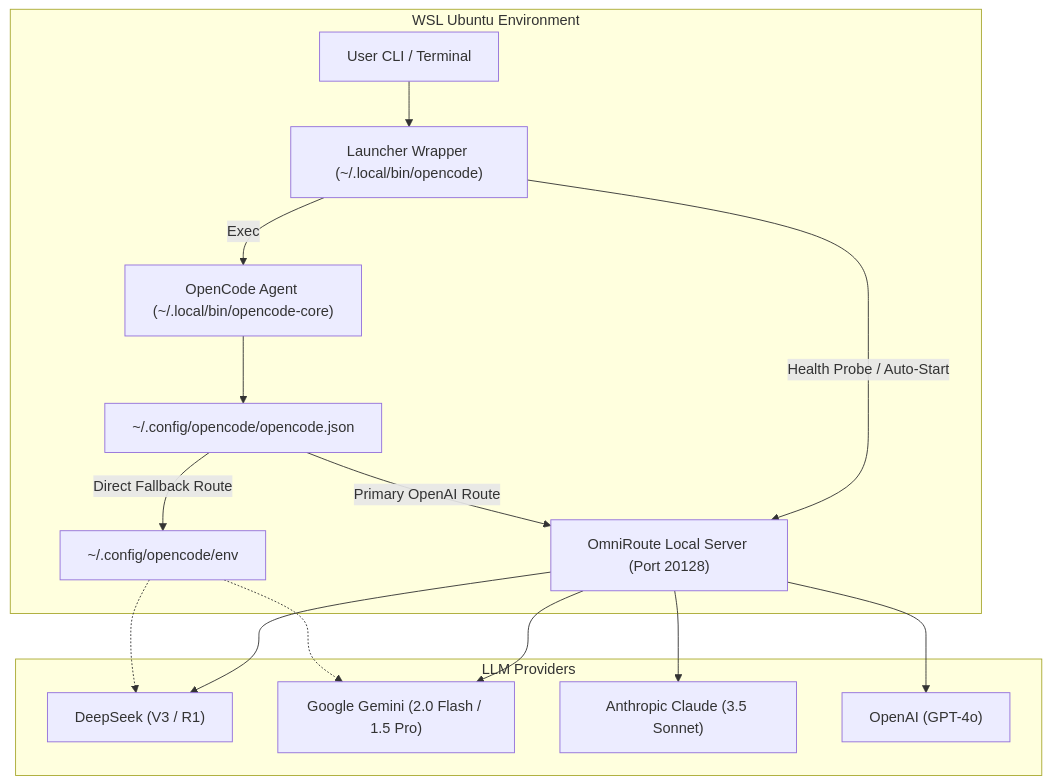
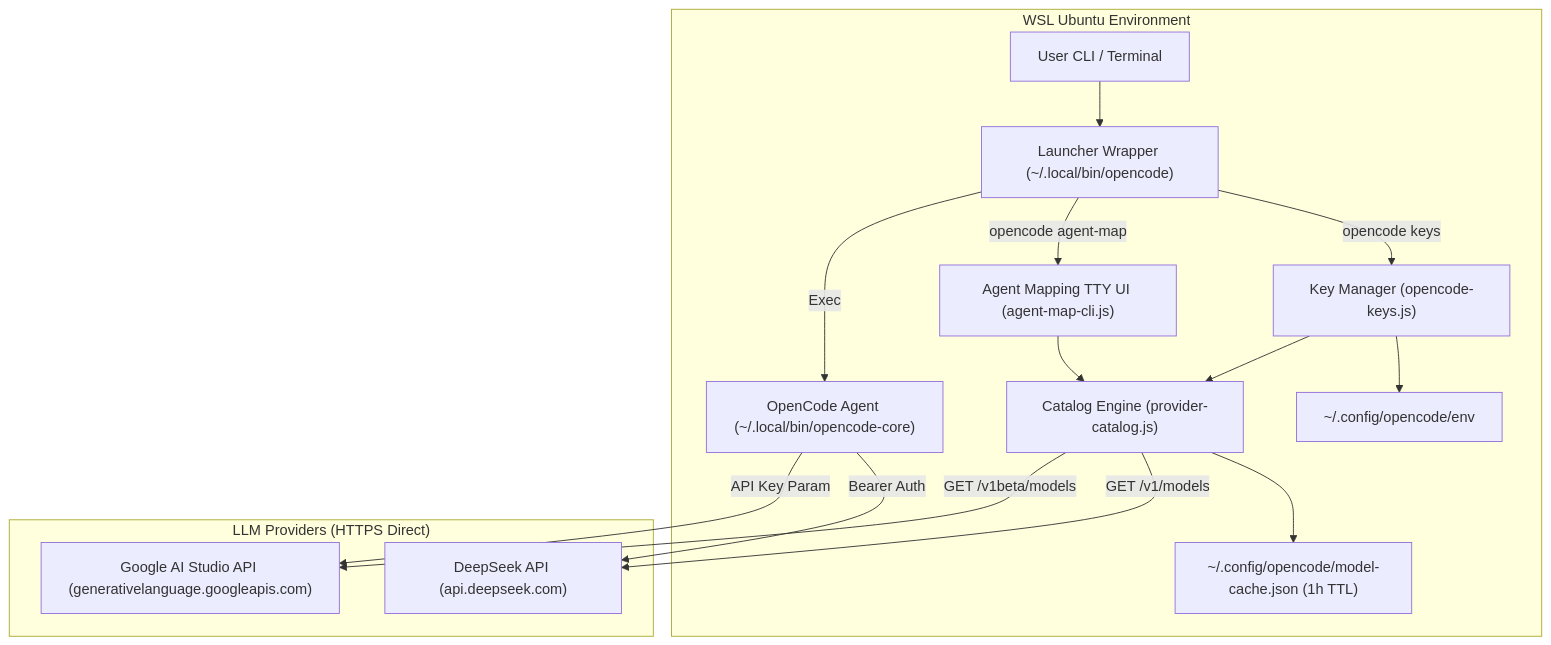
The diagram in docs/ARCHITECTURE.md (paulsyl/Opencode), drawn with Mermaid before and after one commit. The commit also changed other lines of this file and 11 other files, not shown here.

Commit message:
feat: direct provider routing, API key gating, live catalog query & key manager CLI

````diff
--- a/docs/ARCHITECTURE.md
+++ b/docs/ARCHITECTURE.md
@@ -11,21 +11,23 @@
 ```mermaid
 flowchart TD
     subgraph WSL_Environment["WSL Ubuntu Environment"]
         User_CLI["User CLI / Terminal"] --> Launcher["Launcher Wrapper (~/.local/bin/opencode)"]
-        Launcher -->|Health Probe / Auto-Start| Omni_Proxy["OmniRoute Local Server (Port 20128)"]
+        Launcher -->|opencode keys| Key_Manager["Key Manager (opencode-keys.js)"]
+        Launcher -->|opencode agent-map| Agent_Map["Agent Mapping TTY UI (agent-map-cli.js)"]
         Launcher -->|Exec| OpenCode_Core["OpenCode Agent (~/.local/bin/opencode-core)"]
-        OpenCode_Core --> Config["~/.config/opencode/opencode.json"]
-        Config -->|Primary OpenAI Route| Omni_Proxy
-        Config -->|Direct Fallback Route| Fallback_Env["~/.config/opencode/env"]
+        
+        Key_Manager --> ENV["~/.config/opencode/env"]
+        Key_Manager --> Catalog["Catalog Engine (provider-catalog.js)"]
+        Agent_Map --> Catalog
+        
+        Catalog --> Cache["~/.config/opencode/model-cache.json (1h TTL)"]
     end
 
-    subgraph LLM_Providers["LLM Providers"]
-        Omni_Proxy --> DeepSeek["DeepSeek (V3 / R1)"]
-        Omni_Proxy --> Gemini["Google Gemini (2.0 Flash / 1.5 Pro)"]
-        Omni_Proxy --> Claude["Anthropic Claude (3.5 Sonnet)"]
-        Omni_Proxy --> OpenAI["OpenAI (GPT-4o)"]
-
-        Fallback_Env .-> DeepSeek
-        Fallback_Env .-> Gemini
+    subgraph LLM_Providers["LLM Providers (HTTPS Direct)"]
+        Catalog -->|GET /v1/models| DeepSeek["DeepSeek API (api.deepseek.com)"]
+        Catalog -->|GET /v1beta/models| Gemini["Google AI Studio API (generativelanguage.googleapis.com)"]
+        
+        OpenCode_Core -->|Bearer Auth| DeepSeek
+        OpenCode_Core -->|API Key Param| Gemini
     end
 ```
````
